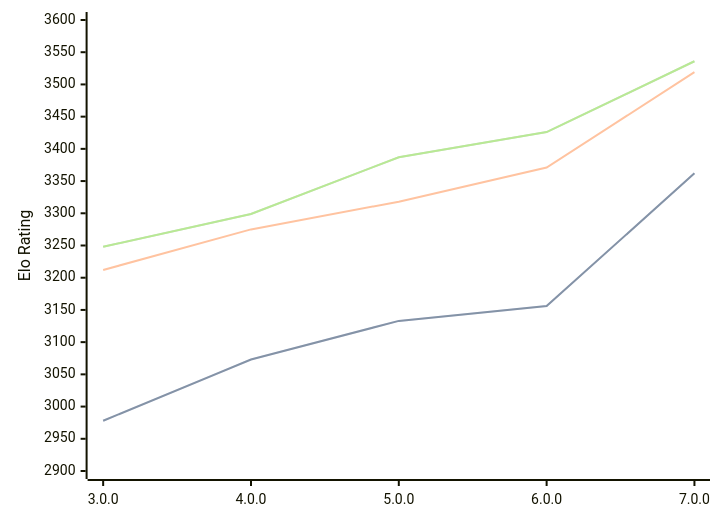
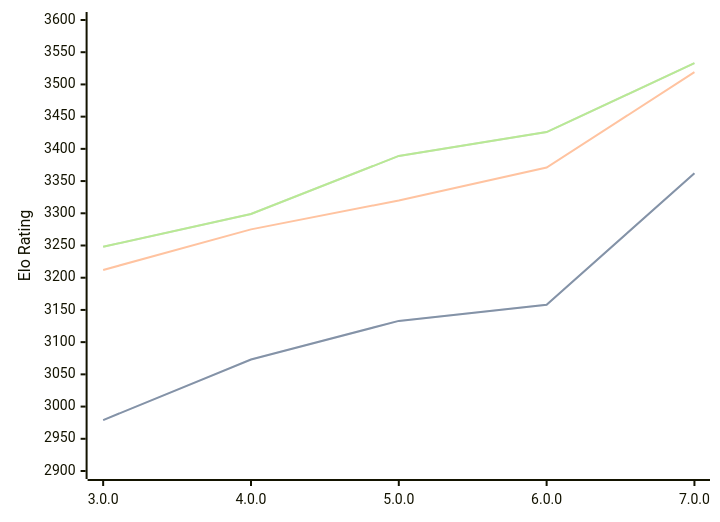
Before and after one commit to computer-chess-index/cci: the diagram in engines/Minke.md, drawn with Mermaid. The commit also changed other lines of this file, not shown here.

Commit message:
Update CCI Ratings (ELO VLTC) - 2026-09-07

````diff
--- a/engines/Minke.md
+++ b/engines/Minke.md
@@ -35,11 +35,11 @@
 ```mermaid
 %%{init: {"theme":"base","themeVariables":{"seriesColors:['#a3a3a3','#222221','#faa371']}}}%%
 xychart-beta
   x-axis ["3.0.0", "4.0.0", "5.0.0", "6.0.0", "7.0.0"]
   y-axis "Elo Rating" 2900 --> 3600
-  line "" [2978, 3073, 3133, 3156, 3362]
-  line "STC (8.0+0.08s)" [2978, 3073, 3133, 3156, 3362]
-  line "LTC (60.0+0.60s)" [3212, 3275, 3318, 3371, 3519]
-  line "" [3248, 3299, 3387, 3426, 3536]
-  line "VLTC (2m24s+1.12s)" [3248, 3299, 3387, 3426, 3536]
+  line "" [2979, 3073, 3133, 3158, 3362]
+  line "STC (8.0+0.08s)" [2979, 3073, 3133, 3158, 3362]
+  line "LTC (60.0+0.60s)" [3212, 3275, 3320, 3371, 3519]
+  line "" [3248, 3299, 3389, 3426, 3533]
+  line "VLTC (2m24s+1.12s)" [3248, 3299, 3389, 3426, 3533]
 ```
````
